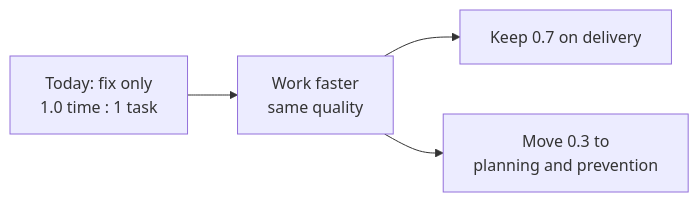
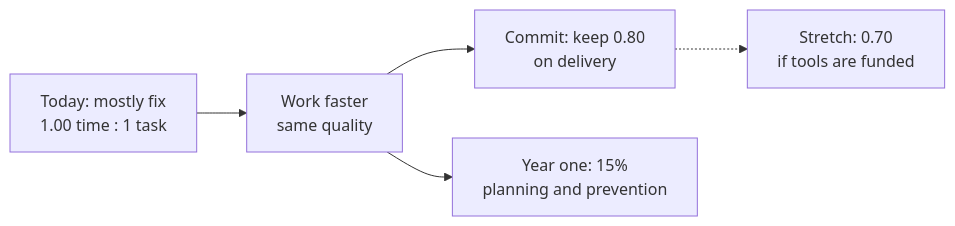
Before and after one commit to r-gismondi/marine-technologies-roc: the diagram in docs/goals/year-one-goals.md, drawn with Mermaid. The commit also changed other lines of this file and 5 other files, not shown here.

First line of the commit message:
Set year-one efficiency to a 20% commit and 30% stretch

````diff
--- a/docs/goals/year-one-goals.md
+++ b/docs/goals/year-one-goals.md
@@ -34,9 +37,11 @@
 ```mermaid
 flowchart LR
-  A[Today: fix only<br/>1.0 time : 1 task]
+  A[Today: mostly fix<br/>1.00 time : 1 task]
   B[Work faster<br/>same quality]
-  C[Keep 0.7 on delivery]
-  D[Move 0.3 to<br/>planning and prevention]
+  C[Commit: keep 0.80<br/>on delivery]
+  D[Year one: 15%<br/>planning and prevention]
+  E[Stretch: 0.70<br/>if tools are funded]
   A --> B --> C
   B --> D
+  C -.-> E
 ```
````
